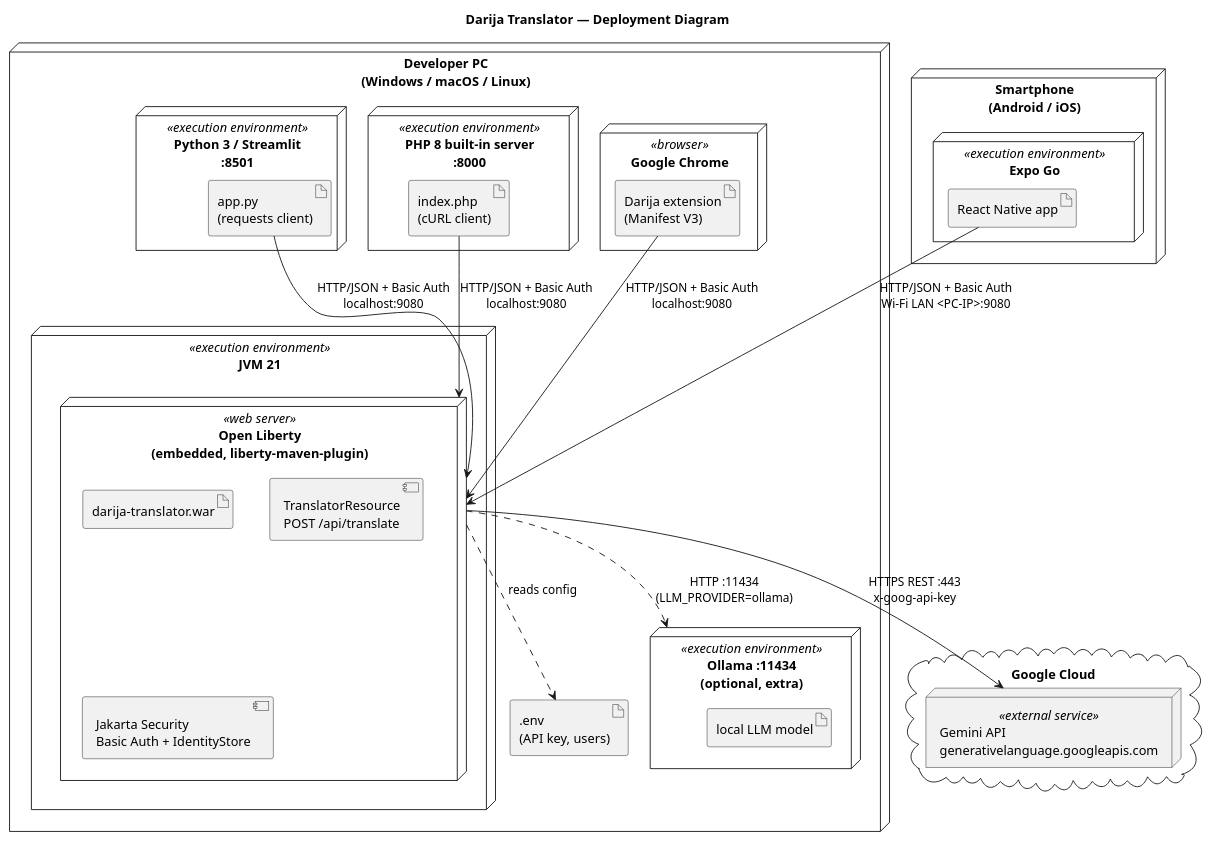
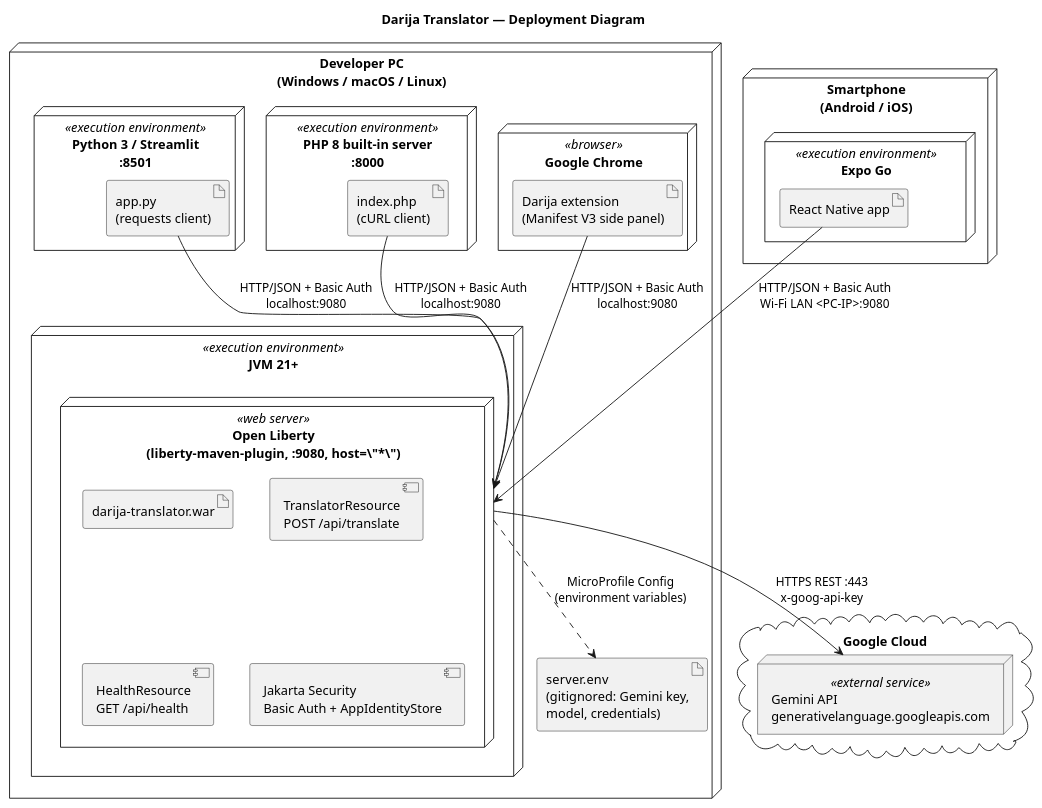
The diagram in docs/deployment-diagram.puml (bashirmouri/darija-translator), drawn with PlantUML before and after one commit. The commit also changed 3 other files, not shown here.

First line of the commit message:
docs: sync UML diagrams with the final code

```diff
--- a/docs/deployment-diagram.puml
+++ b/docs/deployment-diagram.puml
@@ -1,55 +1,51 @@
 @startuml deployment-diagram
 ' Darija Translator — deployment diagram (demo setup on a home/campus LAN)
 skinparam shadowing false
 skinparam nodesep 40
 skinparam ranksep 70
 title Darija Translator — Deployment Diagram
 
 node "Developer PC\n(Windows / macOS / Linux)" as pc {
 
-  node "JVM 21" as jvm <<execution environment>> {
-    node "Open Liberty\n(embedded, liberty-maven-plugin)" as liberty <<web server>> {
+  node "JVM 21+" as jvm <<execution environment>> {
+    node "Open Liberty\n(liberty-maven-plugin, :9080, host=\"*\")" as liberty <<web server>> {
       artifact "darija-translator.war" as war
       component "TranslatorResource\nPOST /api/translate" as res
-      component "Jakarta Security\nBasic Auth + IdentityStore" as sec
+      component "HealthResource\nGET /api/health" as healthres
+      component "Jakarta Security\nBasic Auth + AppIdentityStore" as sec
     }
   }
 
   node "Google Chrome" as chrome <<browser>> {
-    artifact "Darija extension\n(Manifest V3)" as ext
+    artifact "Darija extension\n(Manifest V3 side panel)" as ext
   }
 
   node "PHP 8 built-in server\n:8000" as php <<execution environment>> {
     artifact "index.php\n(cURL client)" as phpapp
   }
 
   node "Python 3 / Streamlit\n:8501" as py <<execution environment>> {
     artifact "app.py\n(requests client)" as pyapp
   }
 
-  node "Ollama :11434\n(optional, extra)" as ollama <<execution environment>> {
-    artifact "local LLM model" as localmodel
-  }
-
-  artifact ".env\n(API key, users)" as env
+  artifact "server.env\n(gitignored: Gemini key,\nmodel, credentials)" as env
 }
 
 node "Smartphone\n(Android / iOS)" as phone {
   node "Expo Go" as expo <<execution environment>> {
     artifact "React Native app" as rn
   }
 }
 
 cloud "Google Cloud" as google {
   node "Gemini API\ngenerativelanguage.googleapis.com" as gemini <<external service>>
 }
 
 ext --> liberty : HTTP/JSON + Basic Auth\nlocalhost:9080
 phpapp --> liberty : HTTP/JSON + Basic Auth\nlocalhost:9080
 pyapp --> liberty : HTTP/JSON + Basic Auth\nlocalhost:9080
 rn --> liberty : HTTP/JSON + Basic Auth\nWi-Fi LAN <PC-IP>:9080
 
 liberty --> gemini : HTTPS REST :443\nx-goog-api-key
-liberty ..> ollama : HTTP :11434\n(LLM_PROVIDER=ollama)
-liberty ..> env : reads config
+liberty ..> env : MicroProfile Config\n(environment variables)
 @enduml
```
